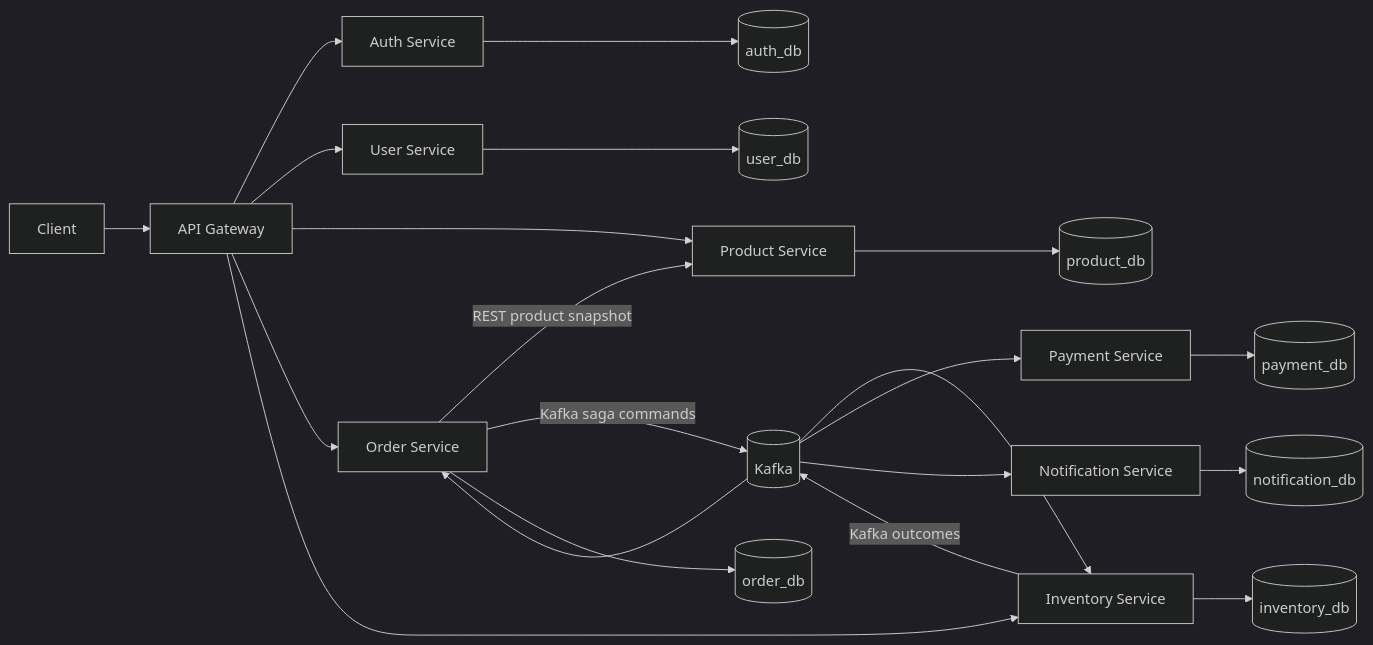
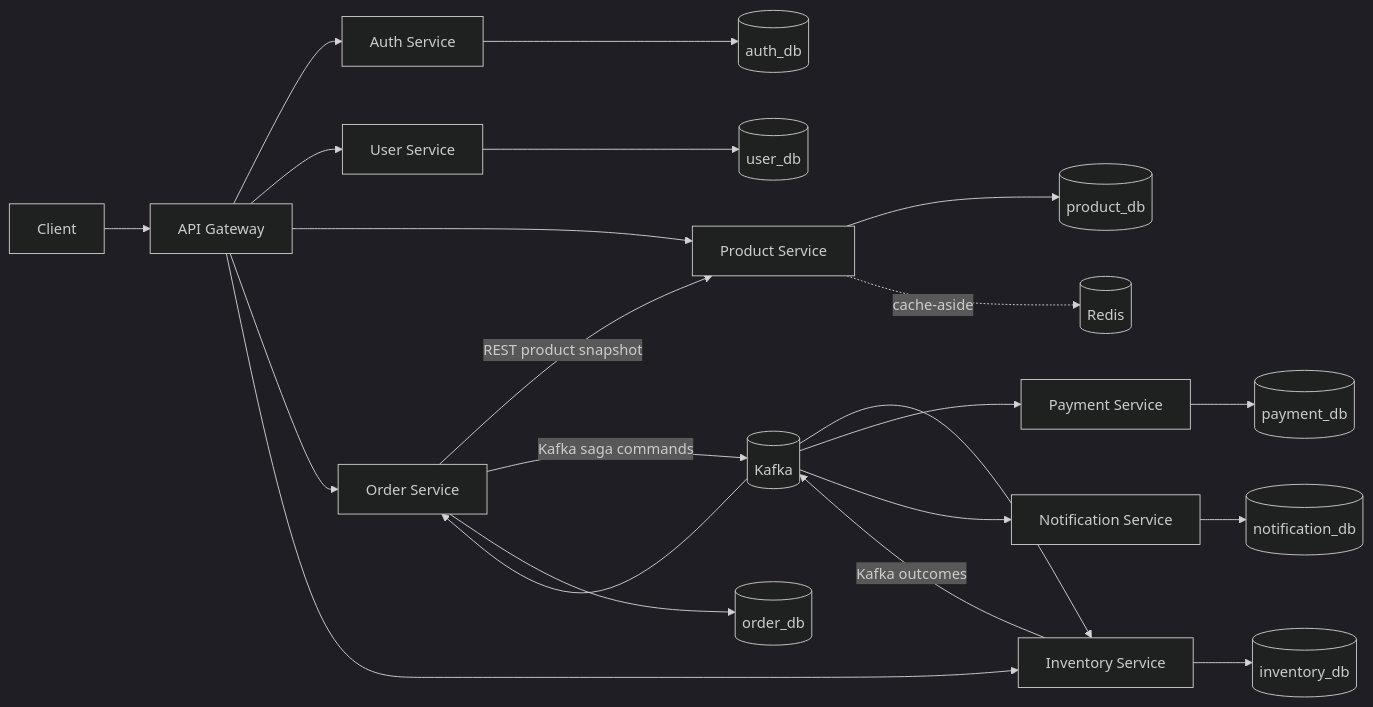
One commit to tranverse/ecommerce-microservices changed the diagram in README.md. Above: the diagram before and after it, drawn with Mermaid (dark theme). The commit also changed other lines of this file and 19 other files, not shown here.

Commit message:
feat(product): add failure-tolerant Redis caching

````diff
--- a/README.md
+++ b/README.md
@@ -29,25 +29,26 @@
 ```mermaid
 flowchart LR
     Client[Client] --> Gateway[API Gateway]
     Gateway --> Auth[Auth Service]
     Gateway --> User[User Service]
     Gateway --> Product[Product Service]
     Gateway --> Order[Order Service]
     Gateway --> Inventory[Inventory Admin API]
 
     Order -->|REST product snapshot| Product
     Order -->|Kafka saga commands| Kafka[(Kafka)]
     Kafka --> Inventory[Inventory Service]
     Inventory -->|Kafka outcomes| Kafka
     Kafka --> Payment[Payment Service]
     Kafka --> Order
     Kafka --> Notification[Notification Service]
 
     Auth --> AuthDB[(auth_db)]
     User --> UserDB[(user_db)]
     Product --> ProductDB[(product_db)]
+    Product -.->|cache-aside| Redis[(Redis)]
     Inventory --> InventoryDB[(inventory_db)]
     Order --> OrderDB[(order_db)]
     Payment --> PaymentDB[(payment_db)]
     Notification --> NotificationDB[(notification_db)]
 ```
````
